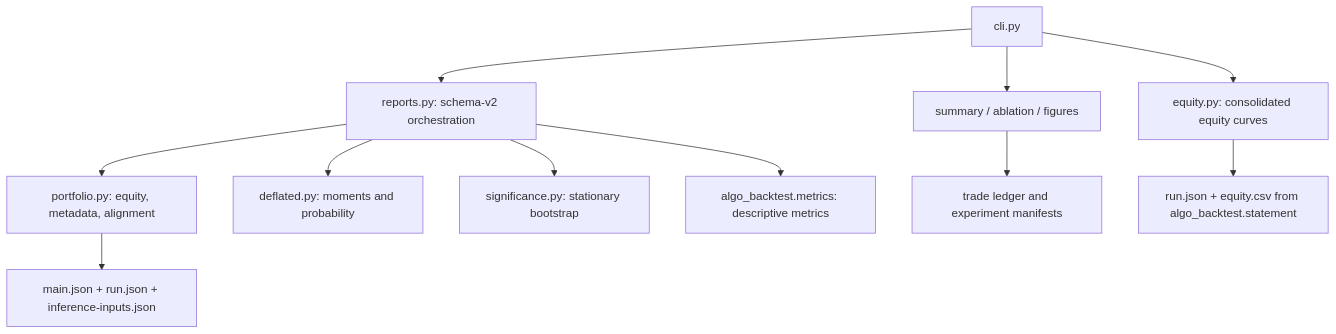
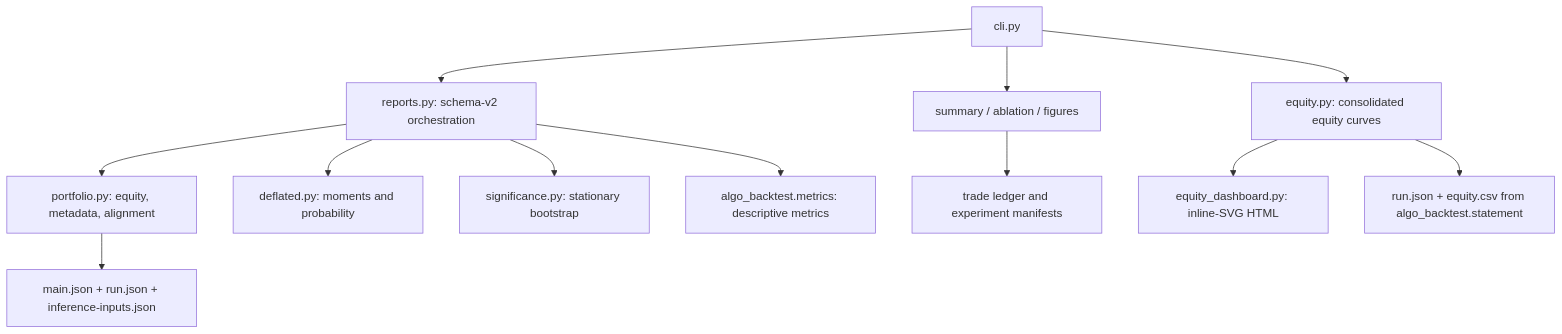
The diagram in algo-suite/algo-analyze/SPEC.md (wbsouza/mba-icmc), drawn with Mermaid before and after one commit. The commit also changed other lines of this file and 6 other files, not shown here.

First line of the commit message:
feat(analyze): self-contained HTML dashboard beside the consolidated equity curves

````diff
--- a/algo-suite/algo-analyze/SPEC.md
+++ b/algo-suite/algo-analyze/SPEC.md
@@ -33,13 +33,14 @@
 ```mermaid
 flowchart TD
     CLI[cli.py] --> Reports[reports.py: schema-v2 orchestration]
     Reports --> Portfolio[portfolio.py: equity, metadata, alignment]
     Reports --> DSR[deflated.py: moments and probability]
     Reports --> Bootstrap[significance.py: stationary bootstrap]
     Reports --> Metrics[algo_backtest.metrics: descriptive metrics]
     Portfolio --> Engine[main.json + run.json + inference-inputs.json]
     CLI --> Descriptive[summary / ablation / figures]
     Descriptive --> Ledger[trade ledger and experiment manifests]
     CLI --> Equity[equity.py: consolidated equity curves]
+    Equity --> Dashboard[equity_dashboard.py: inline-SVG HTML]
     Equity --> Statement[run.json + equity.csv from algo_backtest.statement]
 ```
````
